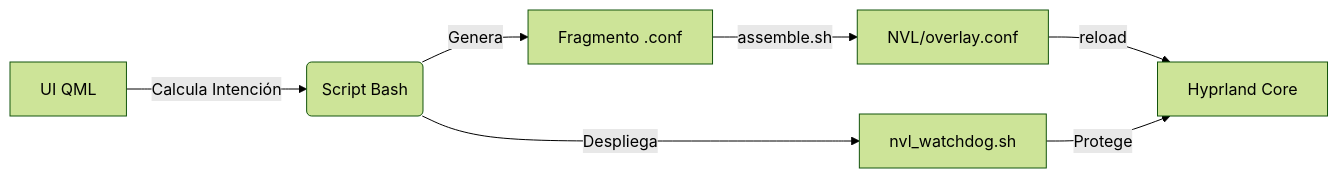
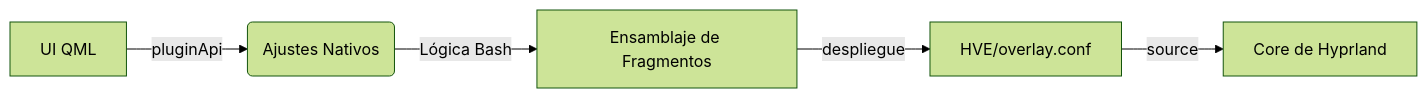
The diagram in LEEME.md (XimoCP/hyprland-visual-editor), drawn with Mermaid (forest theme) before and after one commit. The commit also changed other lines of this file and 41 other files, not shown here.

````diff
--- a/LEEME.md
+++ b/LEEME.md
@@ -82,10 +91,8 @@
 ```mermaid
 graph LR
-    A[UI QML] -->|Calcula Intención| B(Script Bash)
-    B -->|Genera| C[Fragmento .conf]
-    B -->|Despliega| W[nvl_watchdog.sh]
-    C -->|assemble.sh| D[NVL/overlay.conf]
-    D -->|reload| E[Hyprland Core]
-    W -->|Protege| E
+    A[UI QML] -->|pluginApi| B(Ajustes Nativos)
+    B -->|Lógica Bash| C[Ensamblaje de Fragmentos]
+    C -->|despliegue| D[HVE/overlay.conf]
+    D -->|source| E[Core de Hyprland]
 
 ```
````
